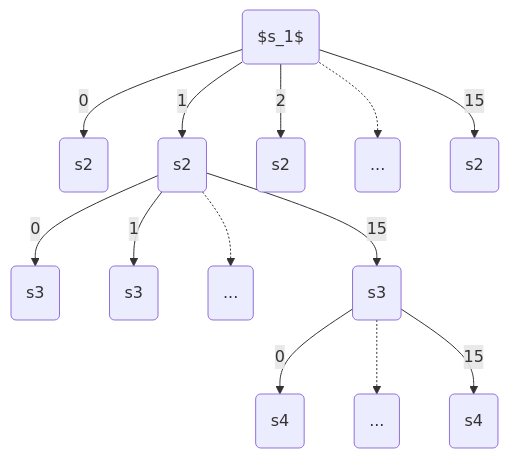
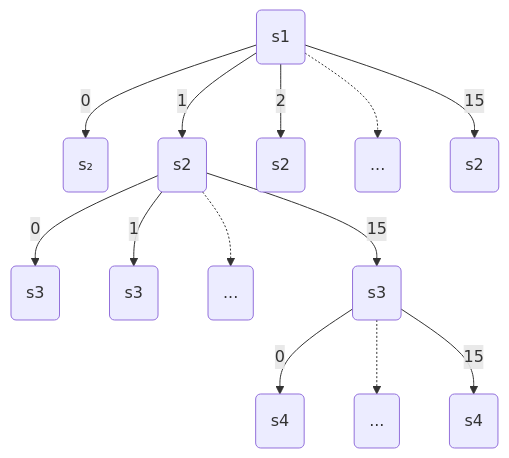
One commit to Tsumiiiiiiii/Tsumiiiiiiii.github.io changed the diagram in content/posts/dice24/dice24_rps_casino.md. Above: the diagram before and after it, drawn with Mermaid.

```diff
--- a/content/posts/dice24/dice24_rps_casino.md
+++ b/content/posts/dice24/dice24_rps_casino.md
@@ -254,15 +254,15 @@
 {{< mermaid >}}
 flowchart TD;
-  A($s_1$) -->|0| B(s2)
+  A(s1) -->|0| B(s₂)
   A -->|1| C(s2)
   A -->|2| D(s2)
   A -.->  SK1(...)
   A -->|15| F(s2)
   C --> |0| G(s3)
   C --> |1| H(s3)
   C -.->  SK2(...)
   C --> |15| I(s3)
   I --> |0| J(s4)
   I -.-> SK3(...)
   I --> |15| K(s4)
 {{< /mermaid >}}
```
